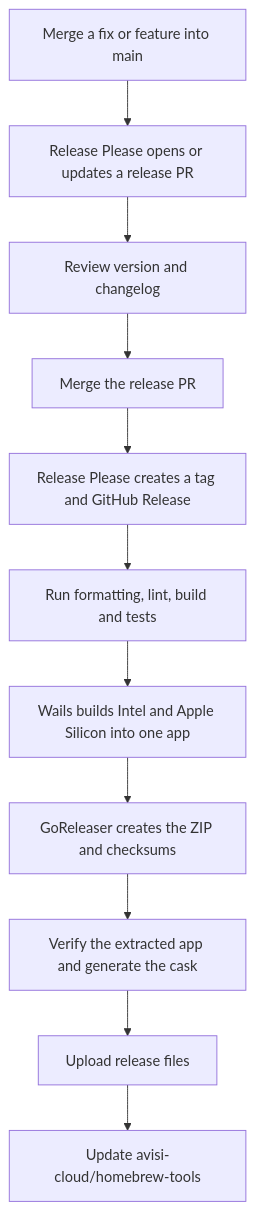
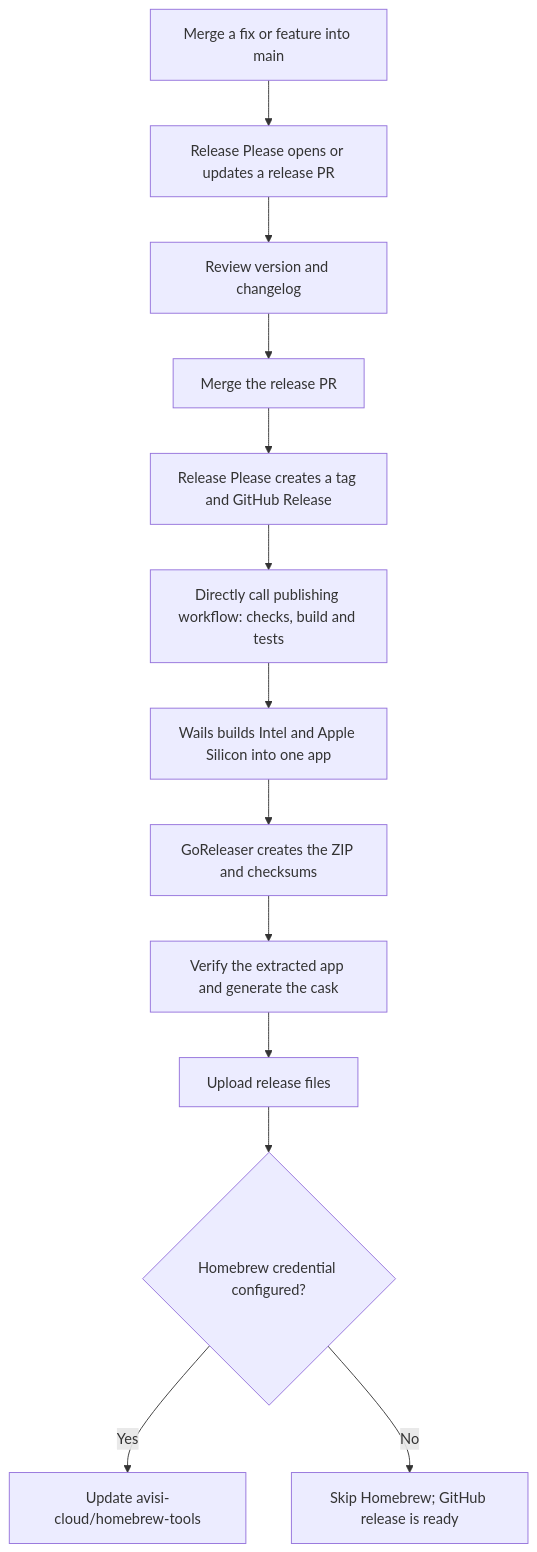
Before and after one commit to avisi-cloud/acloud-playrooms: the diagram in doc/RELEASING.md, drawn with Mermaid. The commit also changed other lines of this file and 5 other files, not shown here.

First line of the commit message:
feat(ci) improving the ci release flow (#4)

````diff
--- a/doc/RELEASING.md
+++ b/doc/RELEASING.md
@@ -7,13 +8,15 @@
 ```mermaid
 flowchart TD
     A[Merge a fix or feature into main] --> B[Release Please opens or updates a release PR]
     B --> C[Review version and changelog]
     C --> D[Merge the release PR]
     D --> E[Release Please creates a tag and GitHub Release]
-    E --> F[Run formatting, lint, build and tests]
+    E --> F[Directly call publishing workflow: checks, build and tests]
     F --> G[Wails builds Intel and Apple Silicon into one app]
     G --> H[GoReleaser creates the ZIP and checksums]
     H --> I[Verify the extracted app and generate the cask]
     I --> J[Upload release files]
-    J --> K[Update avisi-cloud/homebrew-tools]
+    J --> K{Homebrew credential configured?}
+    K -->|Yes| L[Update avisi-cloud/homebrew-tools]
+    K -->|No| M["Skip Homebrew; GitHub release is ready"]
 ```
````
